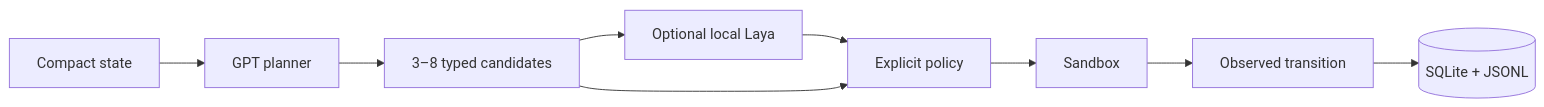
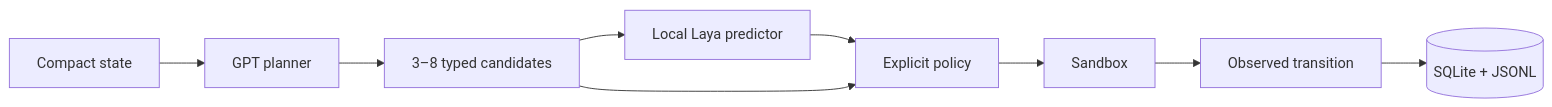
One commit to yassinebkr/near_agi changed the first of 2 diagrams in README.md. Above: the diagram before and after it, drawn with Mermaid. The commit also changed other lines of this file and 1 other file, not shown here.

Commit message:
docs: clarify benchmark architecture and evaluation arms

````diff
--- a/README.md
+++ b/README.md
@@ -11,11 +15,11 @@
 ```mermaid
 flowchart LR
   S[Compact state] --> G[GPT planner]
   G --> C[3–8 typed candidates]
-  C --> L[Optional local Laya]
+  C --> L[Local Laya predictor]
   L --> P[Explicit policy]
   C --> P
   P --> E[Sandbox]
   E --> O[Observed transition]
   O --> T[(SQLite + JSONL)]
 ```
````
